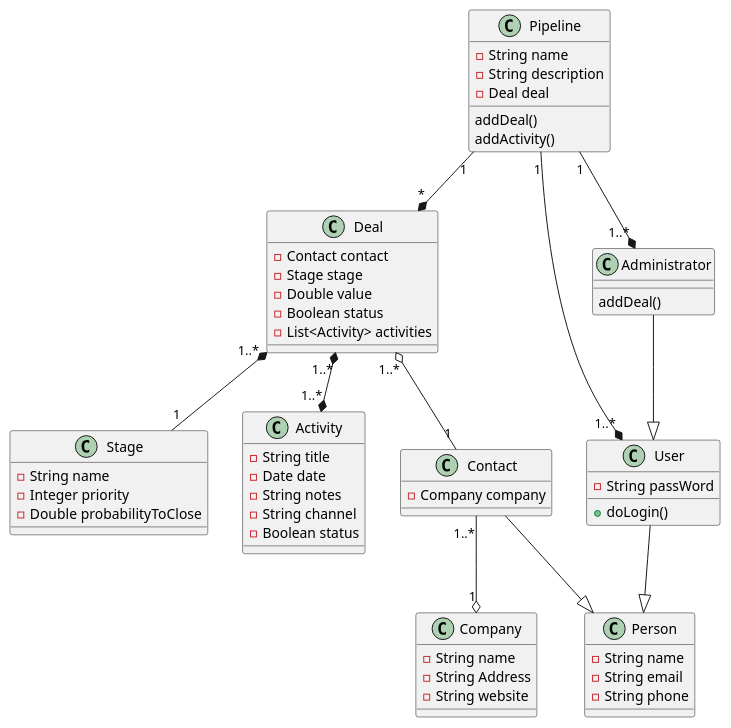
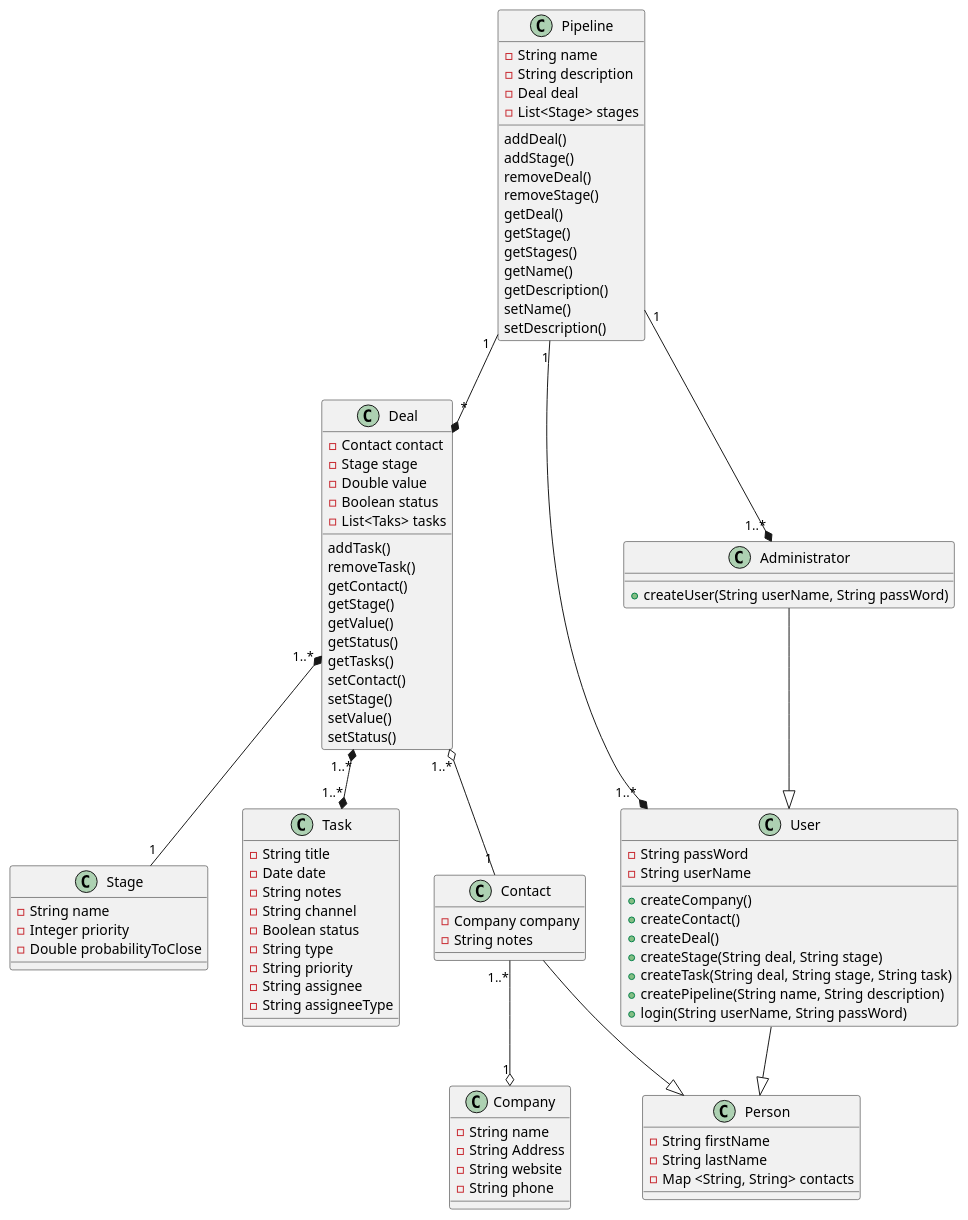
Before and after one commit to igormedeiros/crm33: the diagram in planning/uml/crm33.plantuml, drawn with PlantUML. The commit also changed 1 other file, not shown here.

Commit message:
uml updates

```diff
--- a/planning/uml/crm33.plantuml
+++ b/planning/uml/crm33.plantuml
@@ -1,75 +1,116 @@
 @startuml CRM33
 
+Pipeline "1" --* "*" Deal
 
 class Pipeline{
   -String name
   -String description
   -Deal deal
+  -List<Stage> stages
   addDeal()
-  addActivity()
+  addStage()
+  removeDeal()
+  removeStage()
+  getDeal()
+  getStage()
+  getStages()
+  getName()
+  getDescription()
+  setName()
+  setDescription()
 
 }
+
+class Deal{
+  -Contact contact
+  -Stage stage
+  -Double value
+  -Boolean status
+  -List<Taks> tasks
+  addTask()
+  removeTask()
+  getContact()
+  getStage()
+  getValue()
+  getStatus()
+  getTasks()
+  setContact()
+  setStage()
+  setValue()
+  setStatus()
+}
+
+Deal "1..*" *-- "1" Stage
 
 class Stage{
   -String name
   - Integer priority
   -Double probabilityToClose
 }
 
-class Deal{
-  -Contact contact
-  -Stage stage
-  -Double value
-  -Boolean status
-  -List<Activity> activities
-}
-
-
-class Activity{
+class Task{
   -String title
   -Date date
   -String notes
   -String channel
   -Boolean status
+  -String type
+  -String priority
+  -String assignee
+  -String assigneeType
+}
+
+
+
+class Person{
+  -String firstName
+  -String lastName
+  -Map <String, String> contacts
 
 }
 
-class Person{
-  -String name
-  -String email
-  -String phone
+
+Contact --|> Person
+class Contact{
+  -Company company
+  -String notes
 }
 
-class Contact{
-  -Company company
+User --|> Person
+Pipeline "1" --* "1..*" User
+
+class User{
+
+  -String passWord
+  -String userName
+
+  +createCompany()
+  +createContact()
+  +createDeal()
+  +createStage(String deal, String stage)
+  +createTask(String deal, String stage, String task)
+  +createPipeline(String name, String description)
+  +login(String userName, String passWord)
 }
 
-class User{
-  -String passWord
-  +doLogin()
-}
+Administrator --|> User
+Pipeline "1" --* "1..*" Administrator
 
 class Administrator{
-  addDeal()
+
+  +createUser(String userName, String passWord)
+
 }
 
 class Company{
   -String name
   -String Address
   -String website
-
+  -String phone
 }
 
-User --|> Person
-Contact --|> Person
-Administrator --|> User
-
-Pipeline "1" --* "*" Deal
-Pipeline "1" --* "1..*" User
-Pipeline "1" --* "1..*" Administrator
-Deal "1..*" *-- "1" Stage 
 Deal "1..*" o-- "1" Contact
 Contact "1..*" --o "1" Company
-Deal "1..*" *--* "1..*" Activity
+Deal "1..*" *--* "1..*" Task
 
 @enduml
```
